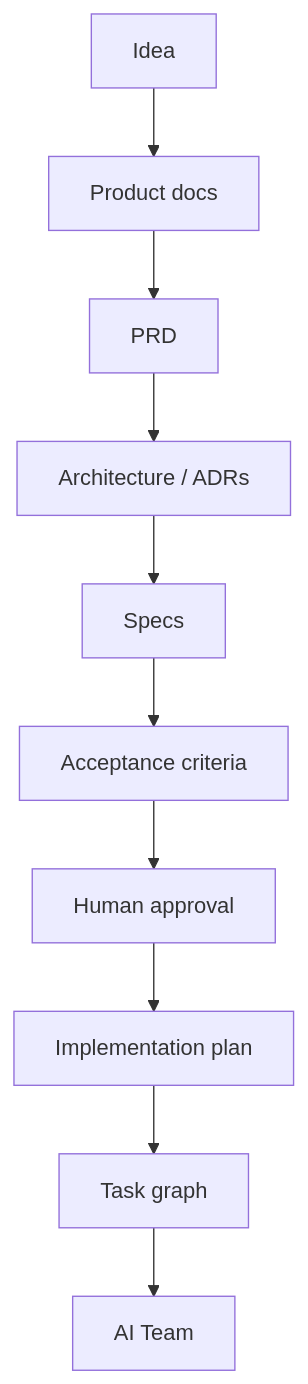
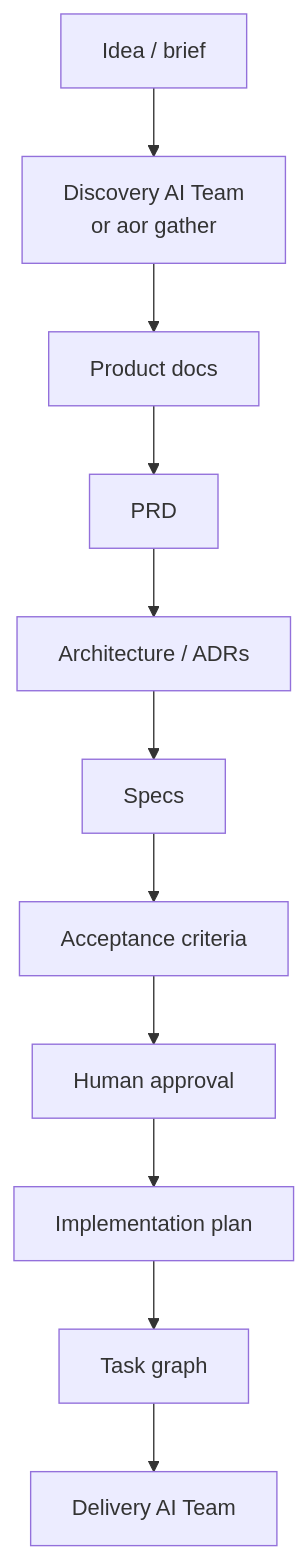
Before and after one commit to agent-on-rails/agent-on-rails-control-plane: the third of 5 diagrams in architecture/diagrams/README.md, drawn with Mermaid. The commit also changed other lines of this file and 20 other files, not shown here.

First line of the commit message:
Add Discovery AI Team (ADR-009 / AOR-011) from Herry's staged bot pattern.

````diff
--- a/architecture/diagrams/README.md
+++ b/architecture/diagrams/README.md
@@ -46,12 +46,13 @@
 ```mermaid
 flowchart TD
-  I[Idea] --> D[Product docs]
+  I[Idea / brief] --> DISC[Discovery AI Team<br/>or aor gather]
+  DISC --> D[Product docs]
   D --> P[PRD]
   P --> A[Architecture / ADRs]
   A --> S[Specs]
   S --> AC[Acceptance criteria]
   AC --> H[Human approval]
   H --> PL[Implementation plan]
   PL --> TG[Task graph]
-  TG --> AG[AI Team]
+  TG --> AG[Delivery AI Team]
 ```
````
